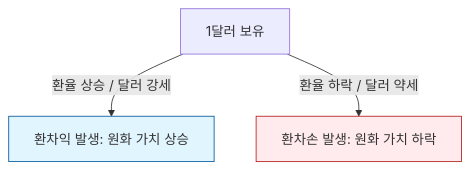
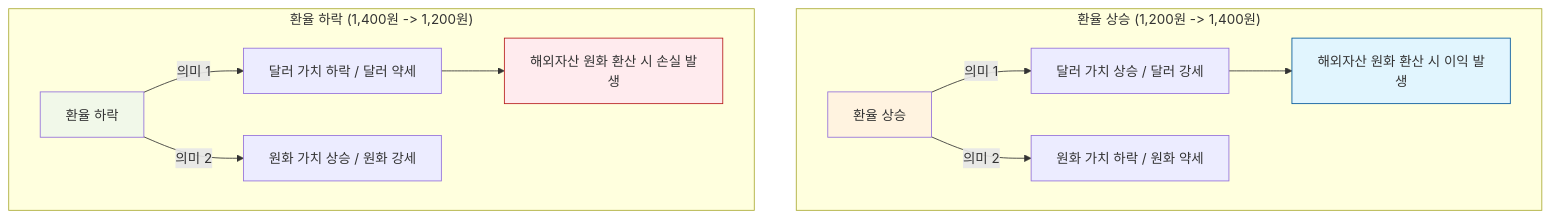
Before and after one commit to muzzaiwork/interview: the ninth of 9 diagrams in 미래에셋자산운용/01_company_info/07_financial_terminology.md, drawn with Mermaid. The commit also changed other lines of this file, not shown here.

Commit message:
docs: improve explanation of FX Rate and Bullish Dollar concept

````diff
--- a/미래에셋자산운용/01_company_info/07_financial_terminology.md
+++ b/미래에셋자산운용/01_company_info/07_financial_terminology.md
@@ -211,8 +214,19 @@
 ```mermaid
 graph TD
-    Dollar[1달러 보유] -->|환율 상승 / 달러 강세| Profit[환차익 발생: 원화 가치 상승]
-    Dollar -->|환율 하락 / 달러 약세| Loss[환차손 발생: 원화 가치 하락]
+    subgraph "환율 상승 (1,200원 -> 1,400원)"
+        Up[환율 상승] -->|의미 1| DollarStrong[달러 가치 상승 / 달러 강세]
+        Up -->|의미 2| WonWeak[원화 가치 하락 / 원화 약세]
+        DollarStrong --> Profit[해외자산 원화 환산 시 이익 발생]
+    end
+    
+    subgraph "환율 하락 (1,400원 -> 1,200원)"
+        Down[환율 하락] -->|의미 1| DollarWeak[달러 가치 하락 / 달러 약세]
+        Down -->|의미 2| WonStrong[원화 가치 상승 / 원화 강세]
+        DollarWeak --> Loss[해외자산 원화 환산 시 손실 발생]
+    end
     
     style Profit fill:#e1f5fe,stroke:#01579b
     style Loss fill:#ffebee,stroke:#b71c1c
+    style Up fill:#fff3e0
+    style Down fill:#f1f8e9
 ```
````
